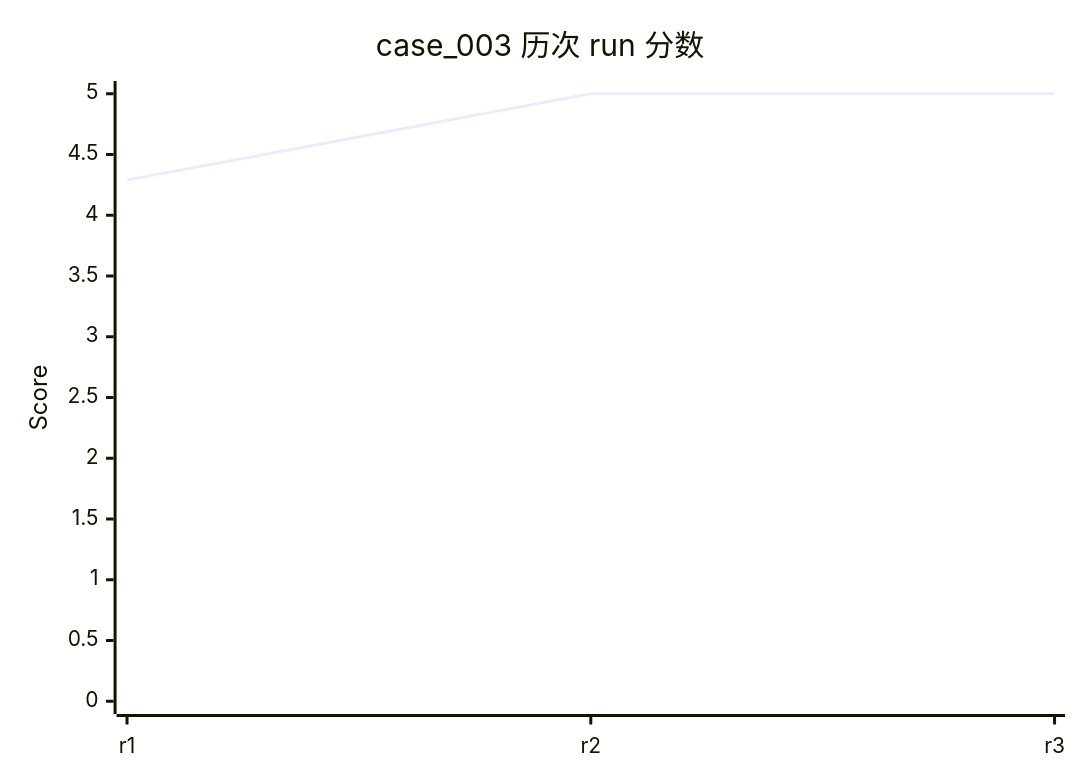
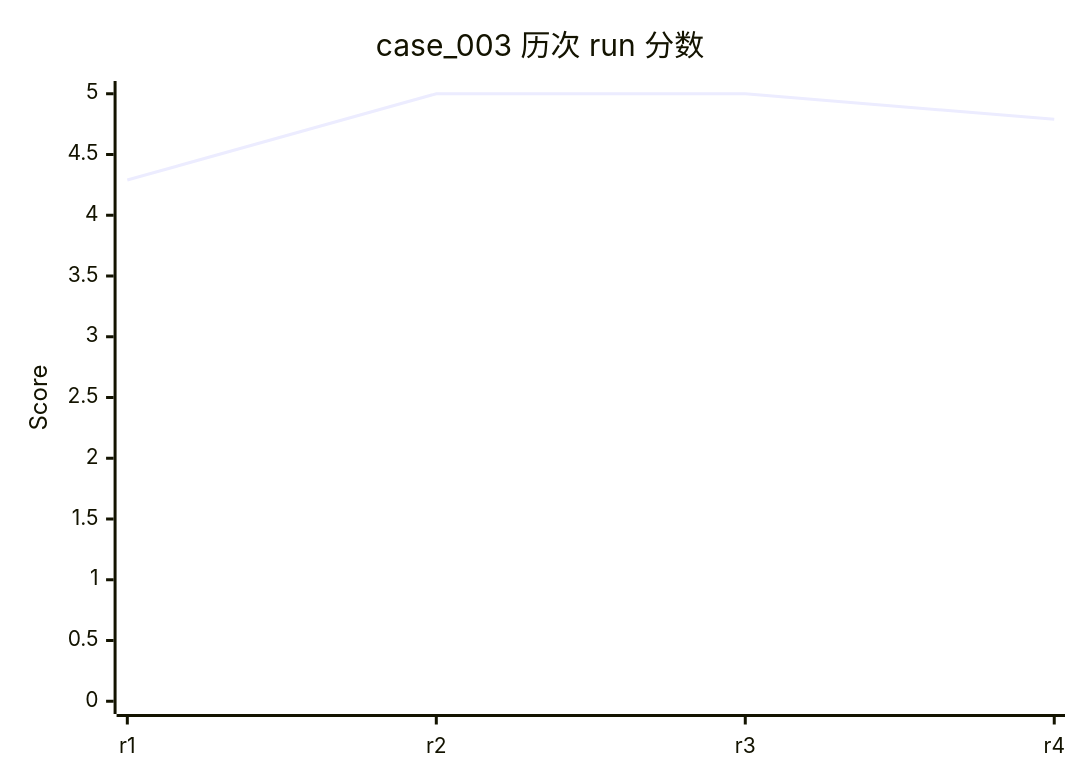
One commit to rushengzhou/sid-code changed the tenth of 58 diagrams in evals/DASHBOARD.md. Above: the diagram before and after it, drawn with Mermaid. The commit also changed other lines of this file and 34 other files, not shown here.

````diff
--- a/evals/DASHBOARD.md
+++ b/evals/DASHBOARD.md
@@ -266,7 +271,7 @@
 ```mermaid
 xychart-beta
     title "case_003 历次 run 分数"
-    x-axis [r1, r2, r3]
+    x-axis [r1, r2, r3, r4]
     y-axis "Score" 0 --> 5
-    line [4.29, 5.00, 5.00]
+    line [4.29, 5.00, 5.00, 4.79]
 ```
````
